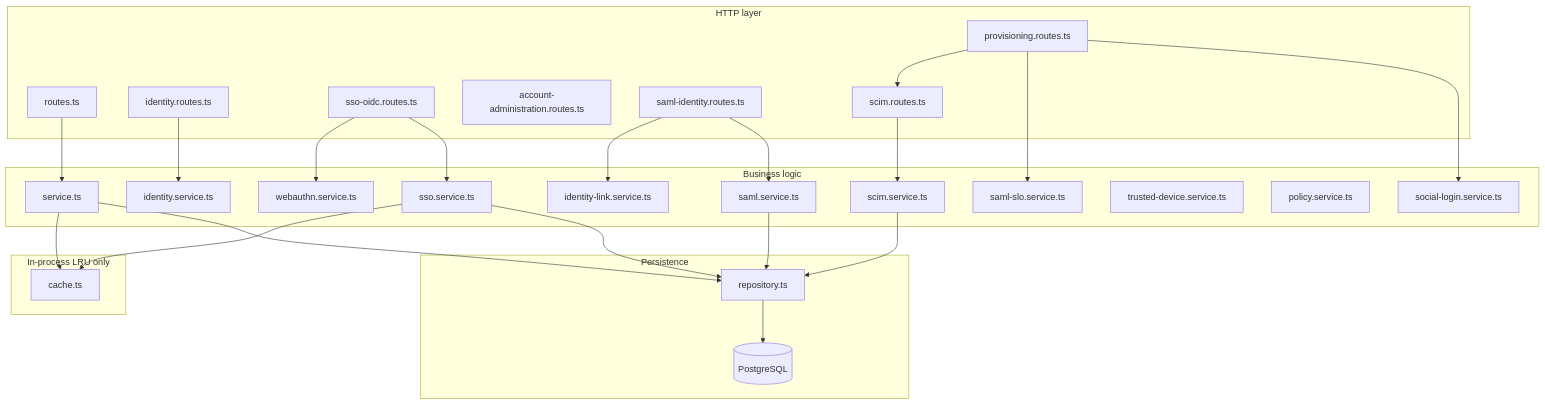
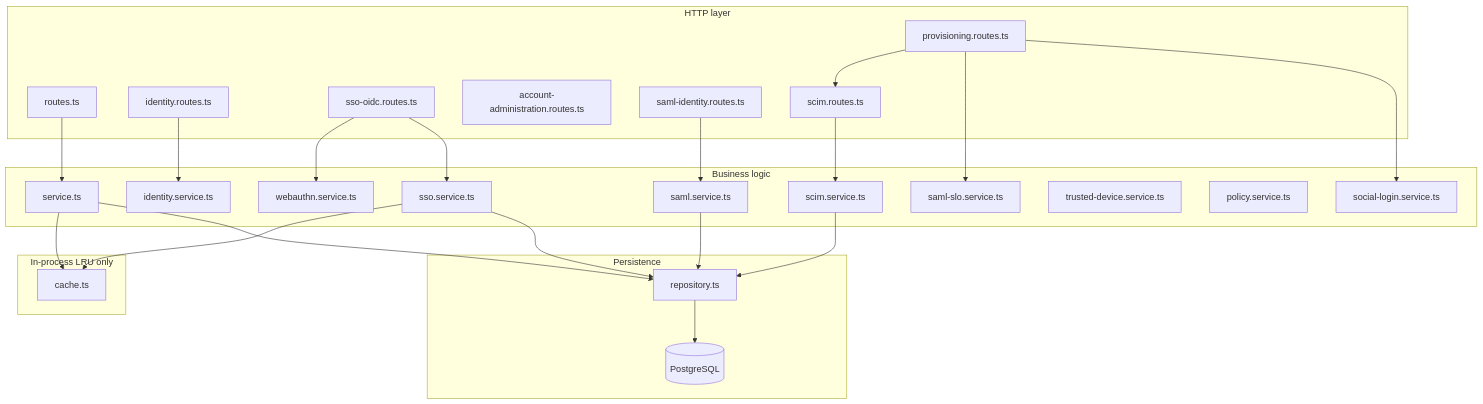
The diagram in docs/AUTH_MODULE.md (APILogix/pulse), drawn with Mermaid before and after one commit. The commit also changed other lines of this file and 275 other files, not shown here.

````diff
--- a/docs/AUTH_MODULE.md
+++ b/docs/AUTH_MODULE.md
@@ -20,53 +20,51 @@
 ```mermaid
 flowchart TB
   subgraph HTTP["HTTP layer"]
     R[routes.ts]
     IR[identity.routes.ts]
     SO[sso-oidc.routes.ts]
     AA[account-administration.routes.ts]
     SI[saml-identity.routes.ts]
     PR[provisioning.routes.ts]
     SC[scim.routes.ts]
   end
 
   subgraph Services["Business logic"]
     SVC[service.ts]
     ID[identity.service.ts]
     SSO[sso.service.ts]
     SAML[saml.service.ts]
     SLOS[saml-slo.service.ts]
     SL[social-login.service.ts]
-    IL[identity-link.service.ts]
     WV[webauthn.service.ts]
     TD[trusted-device.service.ts]
     POL[policy.service.ts]
     SCIM[scim.service.ts]
   end
 
   subgraph Data["Persistence"]
     REPO[repository.ts]
     PG[(PostgreSQL)]
   end
 
   subgraph Ephemeral["In-process LRU only"]
     CACHE[cache.ts]
   end
 
   R --> SVC
   IR --> ID
   SO --> SSO
   SO --> WV
   SI --> SAML
-  SI --> IL
   PR --> SL
   PR --> SLOS
   PR --> SC
   SC --> SCIM
   SVC --> REPO
   SSO --> REPO
   SAML --> REPO
   SCIM --> REPO
   REPO --> PG
   SVC --> CACHE
   SSO --> CACHE
 ```
````
